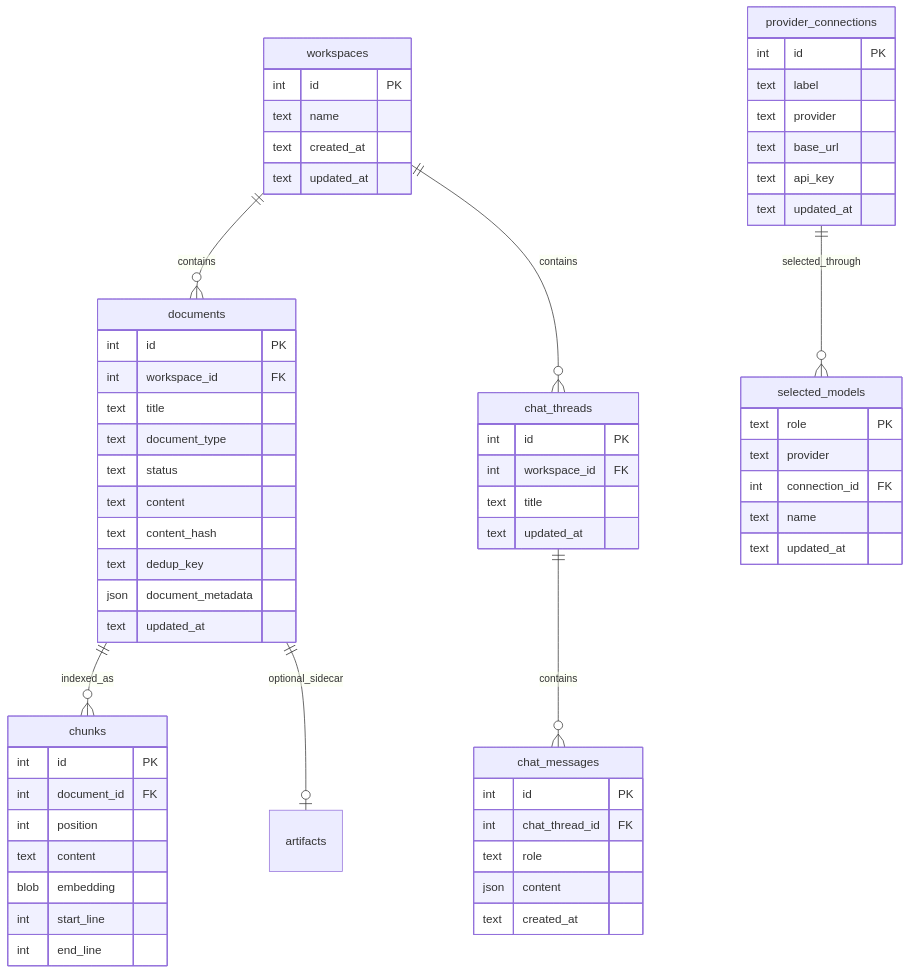
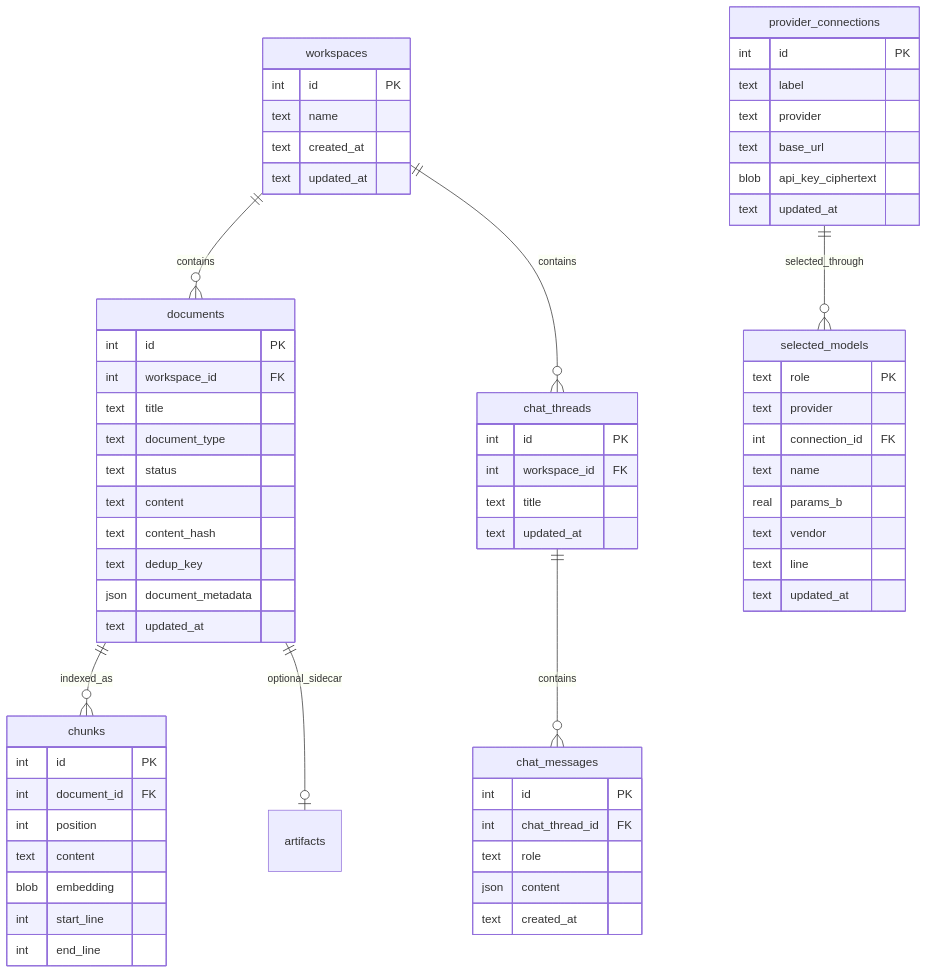
One commit to MODSetter/SurfSense changed the diagram in plans/community-local/00c-data-model.md. Above: the diagram before and after it, drawn with Mermaid. The commit also changed other lines of this file and 16 other files, not shown here.

````diff
--- a/plans/community-local/00c-data-model.md
+++ b/plans/community-local/00c-data-model.md
@@ -83,71 +94,74 @@
 ```mermaid
 erDiagram
   workspaces ||--o{ documents : contains
   workspaces ||--o{ chat_threads : contains
   documents ||--o{ chunks : indexed_as
   chat_threads ||--o{ chat_messages : contains
   documents ||--o| artifacts : optional_sidecar
   provider_connections ||--o{ selected_models : selected_through
 
   workspaces {
     int id PK
     text name
     text created_at
     text updated_at
   }
 
   documents {
     int id PK
     int workspace_id FK
     text title
     text document_type
     text status
     text content
     text content_hash
     text dedup_key
     json document_metadata
     text updated_at
   }
 
   chunks {
     int id PK
     int document_id FK
     int position
     text content
     blob embedding
     int start_line
     int end_line
   }
 
   chat_threads {
     int id PK
     int workspace_id FK
     text title
     text updated_at
   }
 
   chat_messages {
     int id PK
     int chat_thread_id FK
     text role
     json content
     text created_at
   }
 
   provider_connections {
     int id PK
     text label
     text provider
     text base_url
-    text api_key
+    blob api_key_ciphertext
     text updated_at
   }
 
   selected_models {
     text role PK
     text provider
     int connection_id FK
     text name
+    real params_b
+    text vendor
+    text line
     text updated_at
   }
 ```
````
